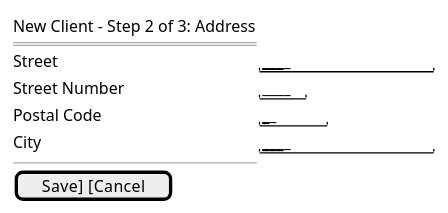
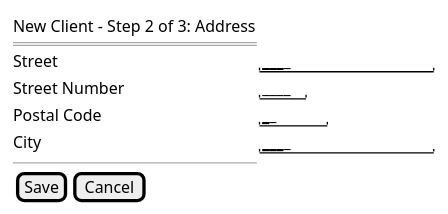
The fifth of 25 diagrams in docs/09-client-uis.md (Mwwhited-BookLearning/fohjin-cqrs), drawn with PlantUML before and after one commit. The commit also changed other lines of this file, not shown here.

````diff
--- a/docs/09-client-uis.md
+++ b/docs/09-client-uis.md
@@ -145,14 +145,14 @@
 ```plantuml
 @startsalt
 {
   New Client - Step 2 of 3: Address
   ==
   Street        | "________________"
   Street Number | "____"
   Postal Code   | "______"
   City          | "________________"
   --
-  [Save]  [Cancel]
+  { [Save] | [Cancel] }
 }
 @endsalt
 ```
````
